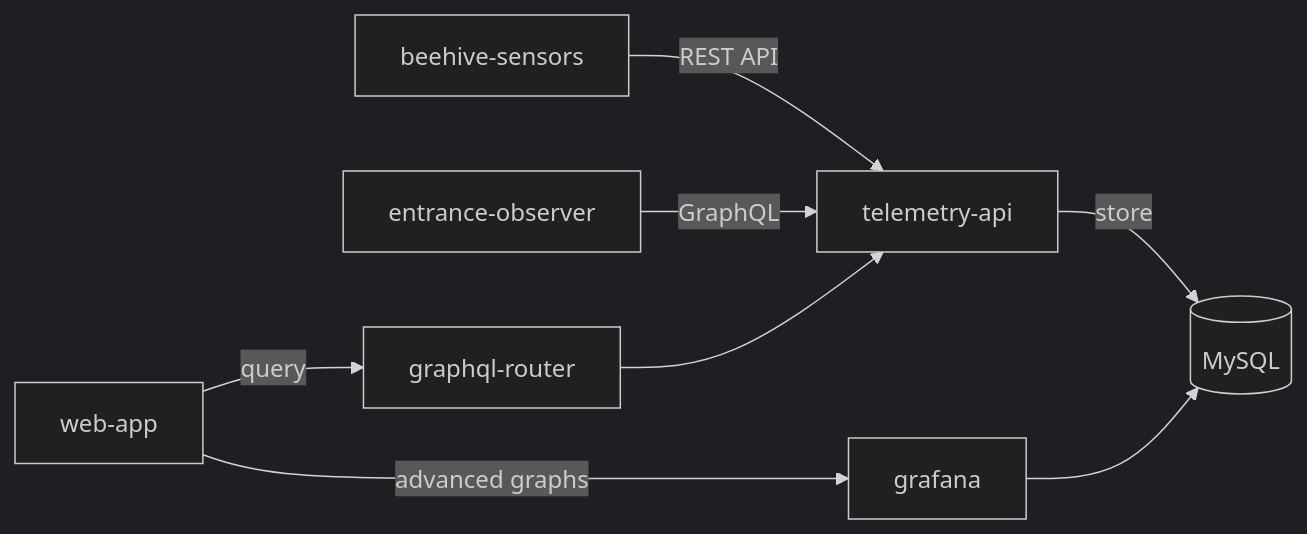
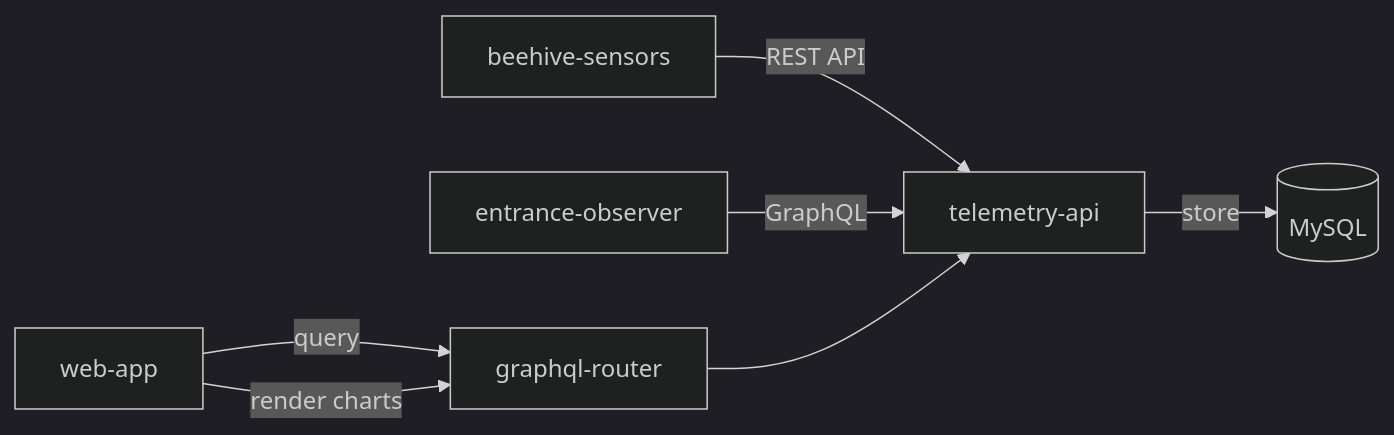
The diagram in content/de/products/web_app/pro-tier/hive-telemetry-storage.md (Gratheon/website2), drawn with Mermaid (dark theme) before and after one commit. The commit also changed other lines of this file and 21 other files, not shown here.

````diff
--- a/content/de/products/web_app/pro-tier/hive-telemetry-storage.md
+++ b/content/de/products/web_app/pro-tier/hive-telemetry-storage.md
@@ -67,10 +67,9 @@
 ```mermaid
 flowchart LR
     A[beehive-sensors] -->|REST API| B[telemetry-api]
     C[entrance-observer] -->|GraphQL| B
     B -->|store| D[(MySQL)]
     E[web-app] -->|query| F[graphql-router]
     F --> B
-    E -->|advanced graphs| G[grafana]
-    G --> D
+    E -->|render charts| F
 ```
````
